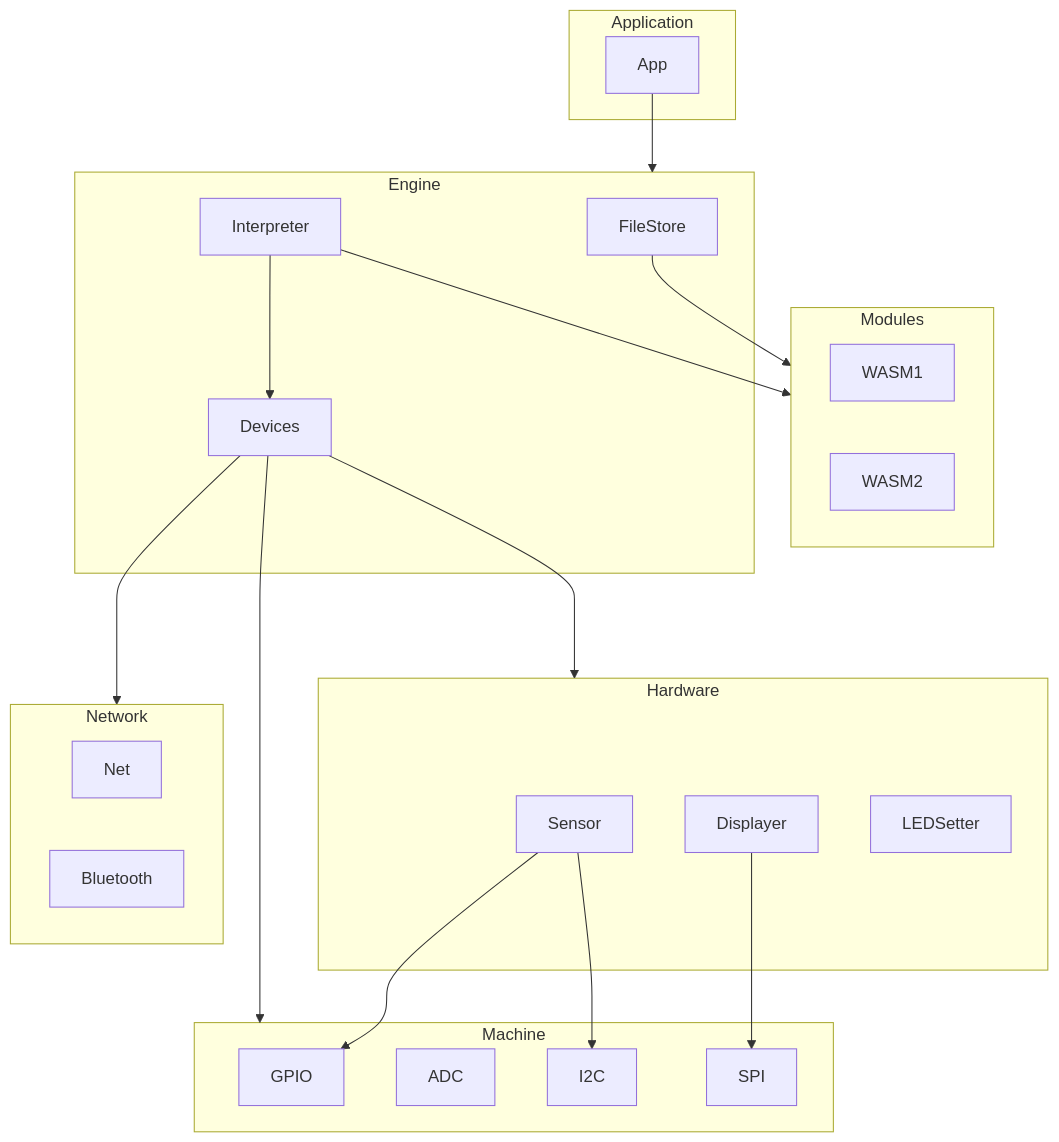
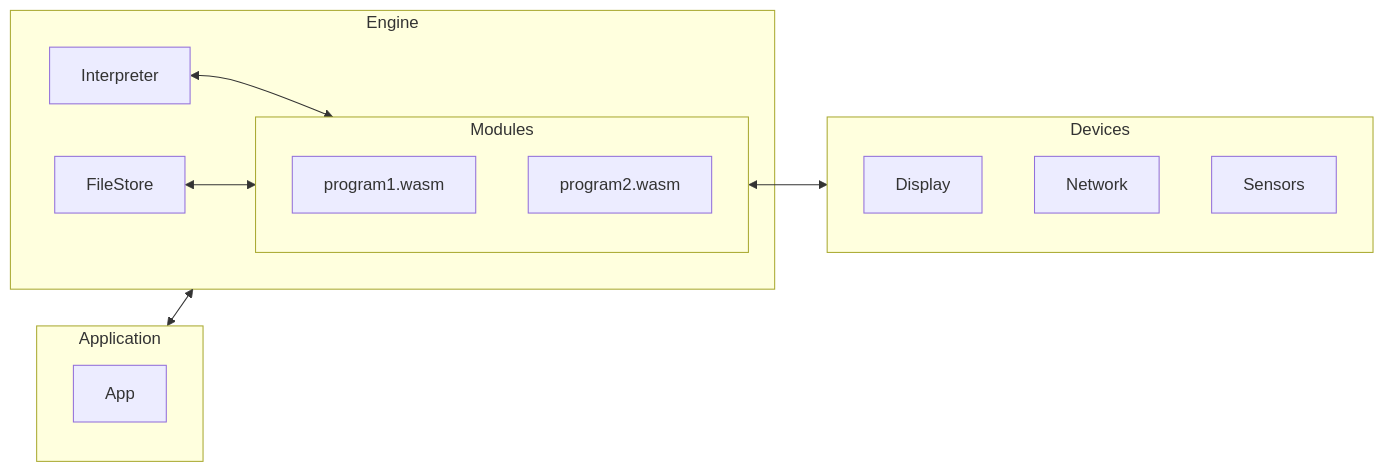
Before and after one commit to hybridgroup/mechanoid: the second of 2 diagrams in ARCHITECTURE.md, drawn with Mermaid. The commit also changed other lines of this file, not shown here.

Commit message:
docs: some clarifications on how the Mechanoid architecture works

````diff
--- a/ARCHITECTURE.md
+++ b/ARCHITECTURE.md
@@ -3,40 +28,21 @@
 ```mermaid
-flowchart TD
+flowchart LR
     subgraph Application
         App
     end
-    App-->Engine
+    subgraph Engine
+        Interpreter<-->Modules
+        FileStore<-->Modules
+    end
     subgraph Modules
-        WASM1
-        WASM2
+        program1.wasm
+        program2.wasm
     end
-    subgraph Engine
-        FileStore
-        Interpreter
-        Devices
+    subgraph Devices
+        Display
+        Network
+        Sensors
     end
-    FileStore-->Modules
-    Interpreter-->Modules
-    Interpreter-->Devices
-    Devices--->Machine
-    Devices--->Hardware
-    Devices--->Network
-    subgraph Hardware
-        Sensor
-        Displayer
-        LEDSetter
-    end
-    subgraph Network
-        Net
-        Bluetooth
-    end
-    subgraph Machine
-        GPIO
-        ADC
-        I2C
-        SPI
-    end
-    Displayer-->SPI
-    Sensor-->GPIO
-    Sensor-->I2C
+    Application<-->Engine
+    Modules<-->Devices
 ```
````
